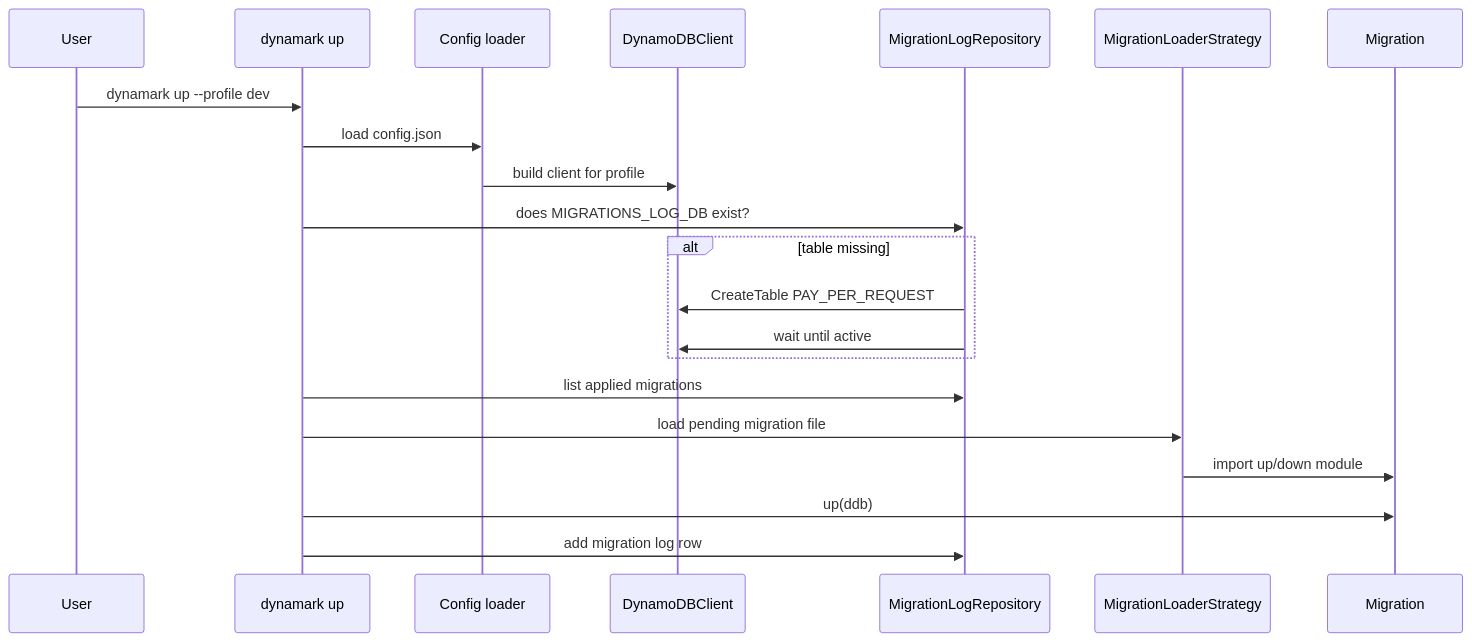
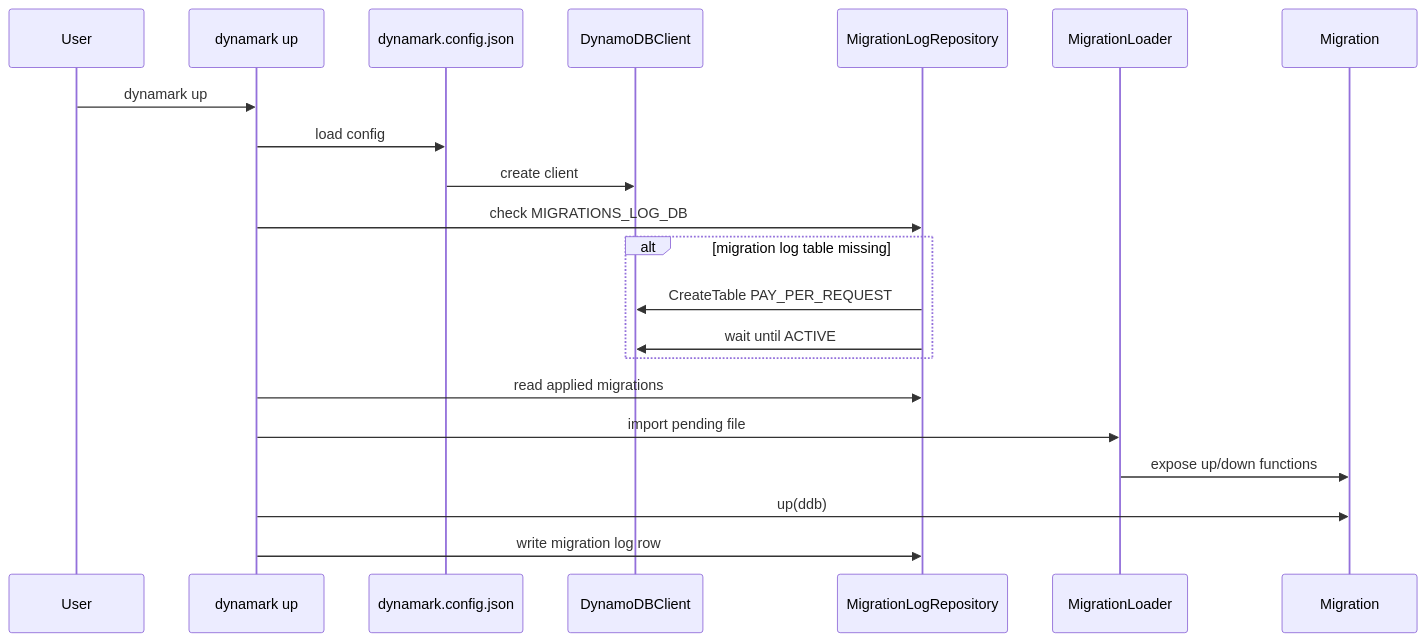
The second of 4 diagrams in docs/architecture.md (Gizmodlabs/dynamark), drawn with Mermaid before and after one commit. The commit also changed other lines of this file and 25 other files, not shown here.

````diff
--- a/docs/architecture.md
+++ b/docs/architecture.md
@@ -63,24 +36,24 @@
 ```mermaid
 sequenceDiagram
   participant User
   participant CLI as dynamark up
-  participant Config as Config loader
+  participant Config as dynamark.config.json
   participant DDB as DynamoDBClient
   participant Repo as MigrationLogRepository
-  participant Loader as MigrationLoaderStrategy
+  participant Loader as MigrationLoader
   participant Migration
 
-  User->>CLI: dynamark up --profile dev
-  CLI->>Config: load config.json
-  Config->>DDB: build client for profile
-  CLI->>Repo: does MIGRATIONS_LOG_DB exist?
-  alt table missing
+  User->>CLI: dynamark up
+  CLI->>Config: load config
+  Config->>DDB: create client
+  CLI->>Repo: check MIGRATIONS_LOG_DB
+  alt migration log table missing
     Repo->>DDB: CreateTable PAY_PER_REQUEST
-    Repo->>DDB: wait until active
+    Repo->>DDB: wait until ACTIVE
   end
-  CLI->>Repo: list applied migrations
-  CLI->>Loader: load pending migration file
-  Loader->>Migration: import up/down module
+  CLI->>Repo: read applied migrations
+  CLI->>Loader: import pending file
+  Loader->>Migration: expose up/down functions
   CLI->>Migration: up(ddb)
-  CLI->>Repo: add migration log row
+  CLI->>Repo: write migration log row
 ```
````
